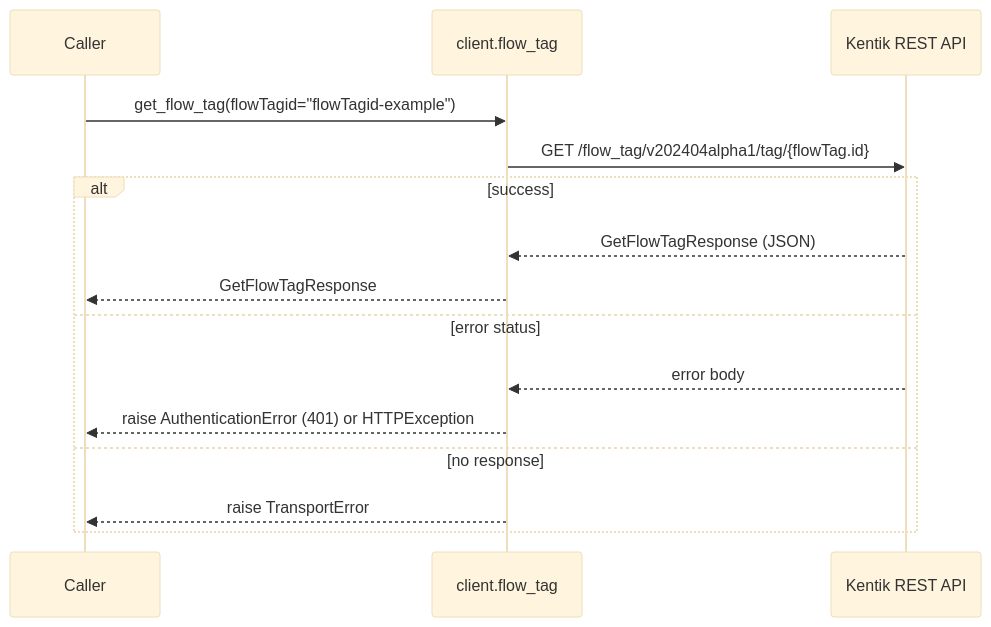
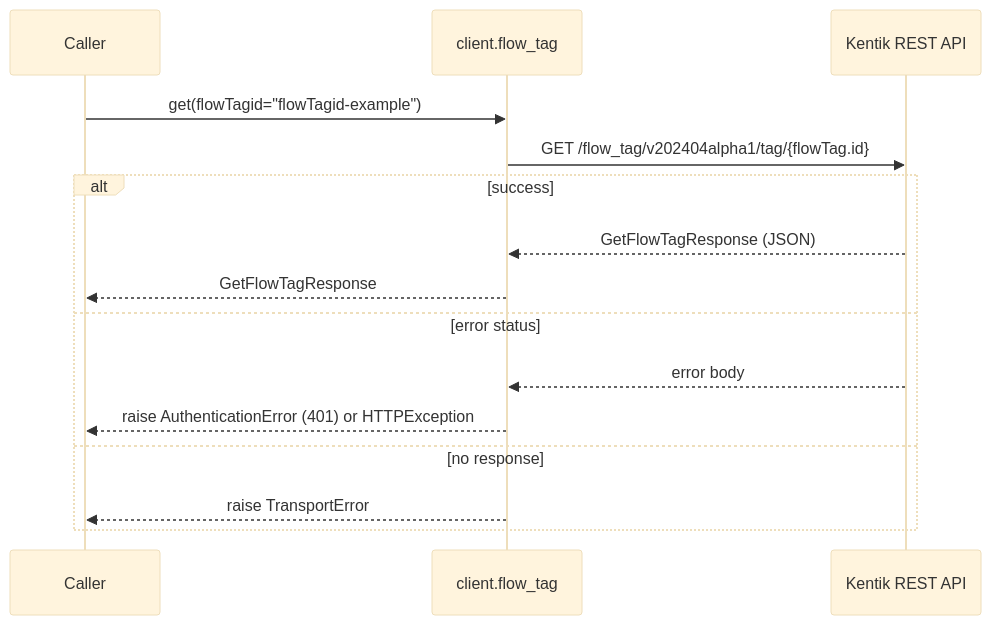
The sixth of 12 diagrams in docs/sphinx/services/flow_tag.md (alexdearaujo/community_sdk_python), drawn with Mermaid (base theme) before and after one commit. The commit also changed other lines of this file and 119 other files, not shown here.

````diff
--- a/docs/sphinx/services/flow_tag.md
+++ b/docs/sphinx/services/flow_tag.md
@@ -193,18 +193,18 @@
 ```mermaid
 sequenceDiagram
     participant C as Caller
     participant W as client.flow_tag
     participant API as Kentik REST API
 
-    C->>W: get_flow_tag(flowTagid="flowTagid-example")
+    C->>W: get(flowTagid="flowTagid-example")
     W->>API: GET /flow_tag/v202404alpha1/tag/{flowTag.id}
     alt success
         API-->>W: GetFlowTagResponse (JSON)
         W-->>C: GetFlowTagResponse
     else error status
         API-->>W: error body
         W-->>C: raise AuthenticationError (401) or HTTPException
     else no response
         W-->>C: raise TransportError
     end
 ```
````
